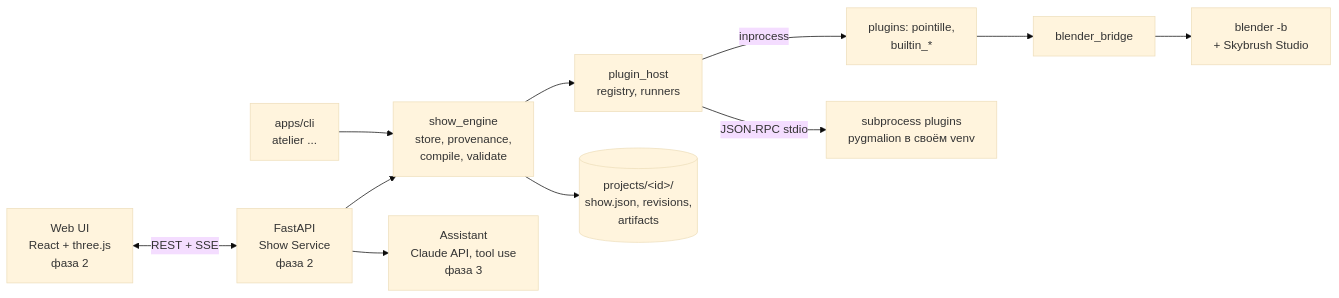
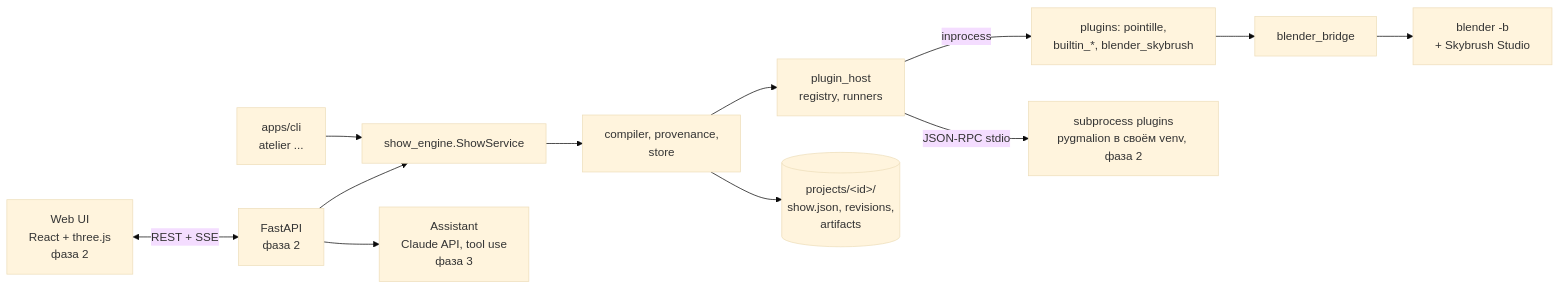
One commit to Styans/Atelier changed the diagram in docs/ARCHITECTURE.md. Above: the diagram before and after it, drawn with Mermaid (base theme). The commit also changed other lines of this file and 4 other files, not shown here.

````diff
--- a/docs/ARCHITECTURE.md
+++ b/docs/ARCHITECTURE.md
@@ -8,13 +8,14 @@
 ```mermaid
 flowchart LR
-  UI[Web UI<br/>React + three.js<br/>фаза 2] <-->|REST + SSE| API[FastAPI<br/>Show Service<br/>фаза 2]
-  CLI[apps/cli<br/>atelier ...] --> ENG
-  API --> ENG[show_engine<br/>store, provenance,<br/>compile, validate]
+  UI[Web UI<br/>React + three.js<br/>фаза 2] <-->|REST + SSE| API[FastAPI<br/>фаза 2]
+  CLI[apps/cli<br/>atelier ...] --> SVC
+  API --> SVC[show_engine.ShowService]
   API --> LLM[Assistant<br/>Claude API, tool use<br/>фаза 3]
+  SVC --> ENG[compiler, provenance,<br/>store]
   ENG --> HOST[plugin_host<br/>registry, runners]
-  HOST -->|inprocess| PIN[plugins: pointille,<br/>builtin_*]
-  HOST -->|JSON-RPC stdio| PSUB[subprocess plugins<br/>pygmalion в своём venv]
+  HOST -->|inprocess| PIN[plugins: pointille,<br/>builtin_*, blender_skybrush]
+  HOST -->|JSON-RPC stdio| PSUB[subprocess plugins<br/>pygmalion в своём venv, фаза 2]
   PIN --> BB[blender_bridge]
   BB --> BL[blender -b<br/>+ Skybrush Studio]
   ENG --> STORE[(projects/&lt;id&gt;/<br/>show.json, revisions,<br/>artifacts)]
 ```
````
